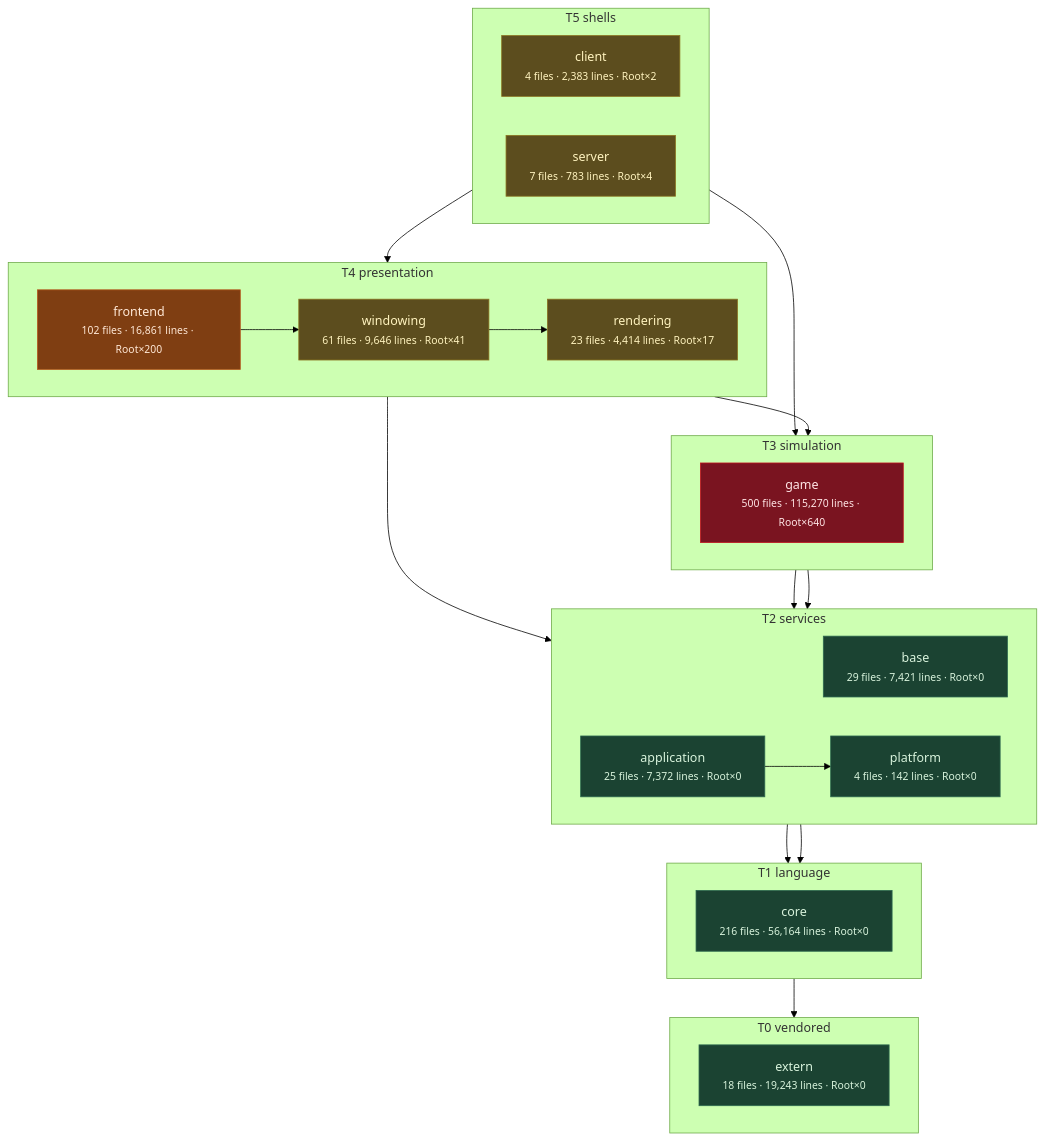
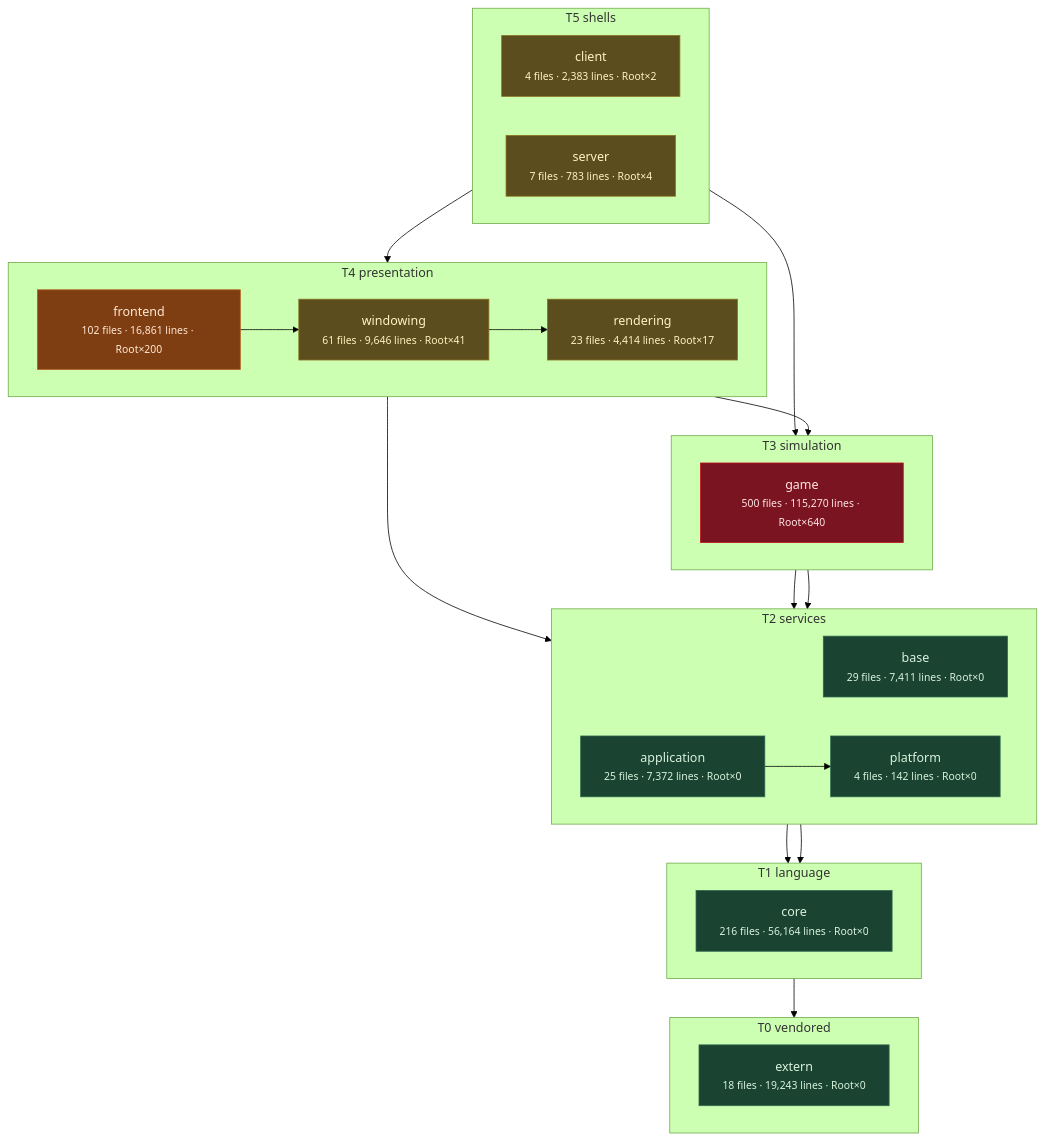
Before and after one commit to apnex/OpenStarbound: the third of 11 diagrams in docs/architecture/system-boundaries.md, drawn with Mermaid (forest theme). The commit also changed other lines of this file and 1 other file, not shown here.

````diff
--- a/docs/architecture/system-boundaries.md
+++ b/docs/architecture/system-boundaries.md
@@ -270,52 +270,52 @@
 ```mermaid
 flowchart TD
   subgraph T0["T0 vendored"]
     direction LR
     extern["extern<br/><small>18 files · 19,243 lines · Root×0</small>"]
   end
   subgraph T1["T1 language"]
     direction LR
     core["core<br/><small>216 files · 56,164 lines · Root×0</small>"]
   end
   subgraph T2["T2 services"]
     direction LR
-    base["base<br/><small>29 files · 7,421 lines · Root×0</small>"]
+    base["base<br/><small>29 files · 7,411 lines · Root×0</small>"]
     platform["platform<br/><small>4 files · 142 lines · Root×0</small>"]
     application["application<br/><small>25 files · 7,372 lines · Root×0</small>"]
   end
   subgraph T3["T3 simulation"]
     direction LR
     game["game<br/><small>500 files · 115,270 lines · Root×640</small>"]
   end
   subgraph T4["T4 presentation"]
     direction LR
     rendering["rendering<br/><small>23 files · 4,414 lines · Root×17</small>"]
     windowing["windowing<br/><small>61 files · 9,646 lines · Root×41</small>"]
     frontend["frontend<br/><small>102 files · 16,861 lines · Root×200</small>"]
   end
   subgraph T5["T5 shells"]
     direction LR
     client["client<br/><small>4 files · 2,383 lines · Root×2</small>"]
     server["server<br/><small>7 files · 783 lines · Root×4</small>"]
   end
   core --> extern
   base --> core
   platform --> core
   application --> platform
   game --> base
   game --> platform
   rendering --> application
   rendering --> game
   windowing --> rendering
   frontend --> windowing
   client --> frontend
   server --> game
   classDef clean fill:#1b4332,stroke:#2d6a4f,color:#d8f3dc
   classDef warm  fill:#5c4d1e,stroke:#8a7420,color:#fff3bf
   classDef hot   fill:#7f3e12,stroke:#b5561b,color:#ffe8d6
   classDef blaze fill:#7a1420,stroke:#c1121f,color:#ffe5e5
   class extern,core,base,platform,application clean
   class rendering,windowing,client,server warm
   class frontend hot
   class game blaze
 ```
````
